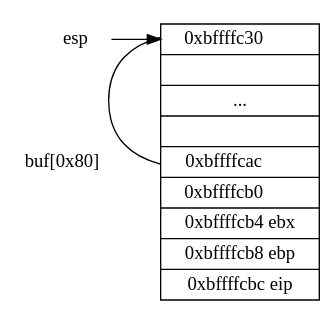
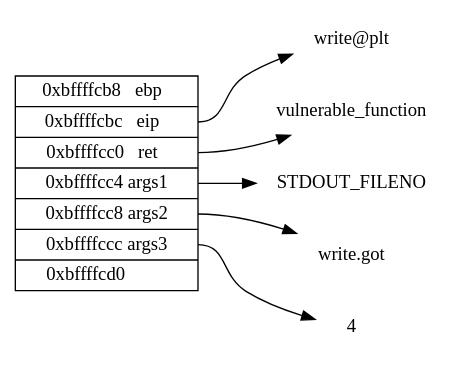
Before and after one commit to S0urceC0der/S0urceC0der.github.io: the diagram in source/graph/stack.gv, drawn with Graphviz. The commit also changed 5 other files, not shown here.

```diff
--- a/source/graph/stack.gv
+++ b/source/graph/stack.gv
@@ -1,102 +1,190 @@
 digraph level1_stack{
     graph [
         rankdir = "LR"
     ];
     edge [
     ];
     /*
     subgraph stack_0 {
         style=filled;
         color=lightgrey;
         "s0_stack" [
             label = "
                 0xbffffcb8 &nbsp;&nbsp;&nbsp;&nbsp;&nbsp; |
                 <esp> 0xbffffcbc eip|
                 <origin> 0xbffffcc0&nbsp;&nbsp;&nbsp;&nbsp;&nbsp;&nbsp;|..."
             shape = "record"
             labeljust = "l"
         ];
         "s0_esp" [
             label = "esp"
             shape = "plaintext"
         ];
         "s0_origin" [
             label = "调用前堆栈"
             shape = "plaintext"
         ];
         "s0_origin" -> "s0_stack":origin
         "s0_esp" -> "s0_stack":esp
     };
     */
     /*
     subgraph stack_1 {
         style=filled;
         color=lightgrey;
         "s1_stack" [
             label = "
                 <esp> 0xbffffc2c &nbsp;&nbsp;&nbsp;&nbsp;&nbsp;|
                 0xbffffc30 &nbsp;&nbsp;&nbsp;&nbsp;&nbsp;&nbsp;||...||
                 0xbffffcb0 &nbsp;&nbsp;&nbsp;&nbsp;&nbsp;&nbsp;|
                 0xbffffcb4 &nbsp;&nbsp;&nbsp;&nbsp;&nbsp;&nbsp;|
                 0xbffffcb8 ebp|
                 <ebp> 0xbffffcbb eip|
                 0xbffffcc0"
             shape = "record"
             labeljust = "l"
         ];
         "s1_esp" [
             label = "esp"
             shape = "plaintext"
         ];
         "s1_esp" -> "s1_stack":esp
     };
 
     subgraph stack_2 {
         style=filled;
         color=lightgrey;
         "s2_stack" [
             label = "
                 <esp> 0xbffffc20 &nbsp;&nbsp;0&nbsp;&nbsp; |
                 0xbffffc24 ptr&nbsp; |
                 0xbffffc28 256|
                 0xbffffc2c &nbsp;&nbsp;&nbsp;&nbsp;&nbsp;&nbsp; |
                 <buf_0> 0xbffffc30 &nbsp;&nbsp;&nbsp;&nbsp;&nbsp;&nbsp;||...||
                 <buf_1> 0xbffffcac &nbsp;&nbsp;&nbsp;&nbsp;&nbsp;&nbsp;|
                 0xbffffcb0 &nbsp;&nbsp;&nbsp;&nbsp;&nbsp;&nbsp;|
                 0xbffffcb4 ebx|
                 <ebp> 0xbffffcb8 ebp|
                 0xbffffcbc eip"
             shape = "record"
             labeljust = "l"
         ];
         "s2_esp" [
             label = "esp"
             shape = "plaintext"
         ]
         "s2_esp" -> "s2_stack":esp
         "s2_stack":buf_0 -> "s2_stack":buf_1 [label="buf[0x80]",arrowhead="none"];
     };
     */
 
+/*
     subgraph stack_3 {
         style=filled;
         color=lightgrey;
         "s3_stack" [
             label = "
                 <buf_0> 0xbffffc30 &nbsp;&nbsp;&nbsp;&nbsp;&nbsp;&nbsp;||...||
                 <buf_1> 0xbffffcac &nbsp;&nbsp;&nbsp;&nbsp;&nbsp;&nbsp;|
                 0xbffffcb0 &nbsp;&nbsp;&nbsp;&nbsp;&nbsp;&nbsp;|
                 0xbffffcb4 ebx|
                 <ebp> 0xbffffcb8 ebp|
                 0xbffffcbc eip"
             shape = "record"
             labeljust = "l"
         ];
         "s3_esp" [
             label = "esp"
             shape = "plaintext"
         ]
         "s3_esp" -> "s3_stack":buf_0
         "s3_stack":buf_0 -> "s3_stack":buf_1 [label="buf[0x80]",arrowhead="none"];
     };
+    */
+    /*
+    subgraph stack_4 {
+        style=filled;
+        color=lightgrey;
+        "s4_stack" [
+            label = "
+                <esp> 0xbffffc20 &nbsp;&nbsp;0&nbsp;&nbsp; |
+                0xbffffc24 ptr&nbsp; |
+                0xbffffc28 256|
+                0xbffffc2c &nbsp;&nbsp;&nbsp;&nbsp;&nbsp;&nbsp; |
+                <buf_0> 0xbffffc30 &nbsp;&nbsp;&nbsp;&nbsp;&nbsp;&nbsp;||...||
+                <buf_1> 0xbffffcac &nbsp;&nbsp;&nbsp;&nbsp;&nbsp;&nbsp;|
+                0xbffffcb0 &nbsp;&nbsp;&nbsp;&nbsp;&nbsp;&nbsp;|
+                0xbffffcb4 ebx|
+                <ebp> 0xbffffcb8 ebp|
+                <eip> 0xbffffcbc eip |
+                <ret> 0xbffffcc0  &nbsp;&nbsp;&nbsp;&nbsp;&nbsp; |
+                <bin> 0xbffffcc4  &nbsp;&nbsp;&nbsp;&nbsp;&nbsp; |
+                0xbffffcc8  &nbsp;&nbsp;&nbsp;&nbsp;&nbsp;"
+            shape = "record"
+            labeljust = "l"
+        ];
+        "s4_esp" [
+            label = "esp"
+            shape = "plaintext"
+        ]
+        "s4_systemaddr" [
+            label = "systemaddr"
+            shape = "plaintext"
+        ]
+        "s4_ret" [
+            label = "ret"
+            shape = "plaintext"
+        ]
+        "s4_bin" [
+            label = "binshaddr"
+            shape = "plaintext"
+        ]
+        "s4_esp" -> "s4_stack":esp
+        "s4_stack":buf_0 -> "s4_stack":buf_1 [label="buf[0x80]",arrowhead="none"];
+        "s4_stack":eip -> "s4_systemaddr"
+        "s4_stack":ret -> "s4_ret"
+        "s4_stack":bin -> "s4_bin"
+    };
+    */
+    subgraph stack_5 {
+        style=filled;
+        color=lightgrey;
+        "s4_stack" [
+            label = "
+                <ebp> 0xbffffcb8 &nbsp; ebp &nbsp;|
+                <eip> 0xbffffcbc &nbsp; eip &nbsp;|
+                <ret> 0xbffffcc0 &nbsp; ret &nbsp;|
+                <args1> 0xbffffcc4  args1 |
+                <args2> 0xbffffcc8  args2 |
+                <args3> 0xbffffccc  args3 |
+                0xbffffcd0  &nbsp;&nbsp;&nbsp;&nbsp;&nbsp;&nbsp;&nbsp;&nbsp;"
+            shape = "record"
+            labeljust = "l"
+        ];
+        "s4_write" [
+            label = "write@plt"
+            shape = "plaintext"
+        ]
+        "s4_ret" [
+            label = "vulnerable_function"
+            shape = "plaintext"
+        ]
+        "s4_args1" [
+            label = "STDOUT_FILENO"
+            shape = "plaintext"
+        ]
+        "s4_args2" [
+            label = "write.got"
+            shape = "plaintext"
+        ]
+        "s4_args3" [
+            label = "4"
+            shape = "plaintext"
+        ]
+        "s4_stack":eip -> "s4_write"
+        "s4_stack":ret -> "s4_ret"
+        "s4_stack":args1 -> "s4_args1"
+        "s4_stack":args2 -> "s4_args2"
+        "s4_stack":args3 -> "s4_args3"
+    };
 }
```
